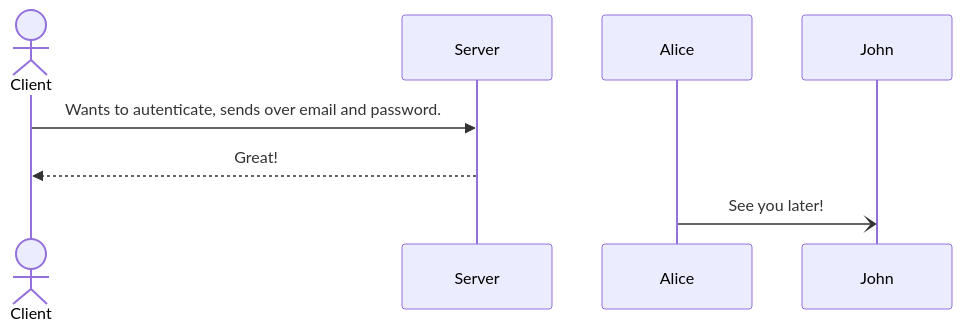
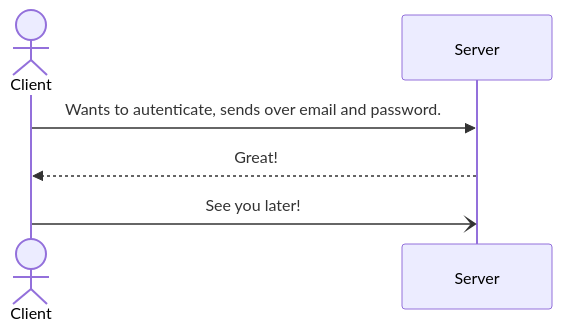
Before and after one commit to nillali/gitlek: the fourth of 4 diagrams in README.md, drawn with Mermaid.

Commit message:
Changed names in diagram

````diff
--- a/README.md
+++ b/README.md
@@ -91,7 +91,7 @@
 ```mermaid
 sequenceDiagram
     actor Client
     Client->>Server: Wants to autenticate, sends over email and password.
     Server-->>Client: Great!
-    Alice-)John: See you later!
+    Client-)Server: See you later!
 ```
````
